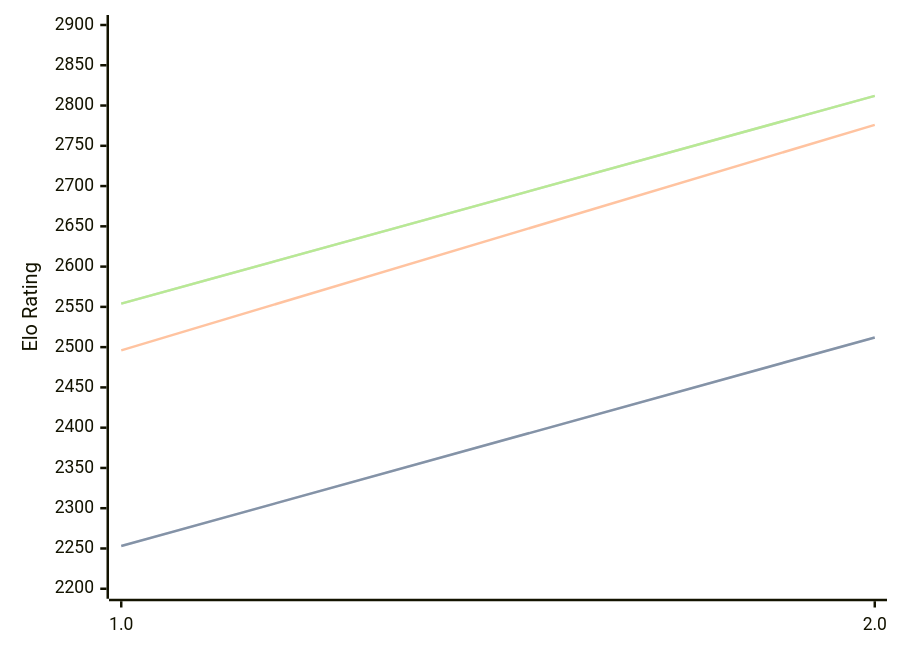
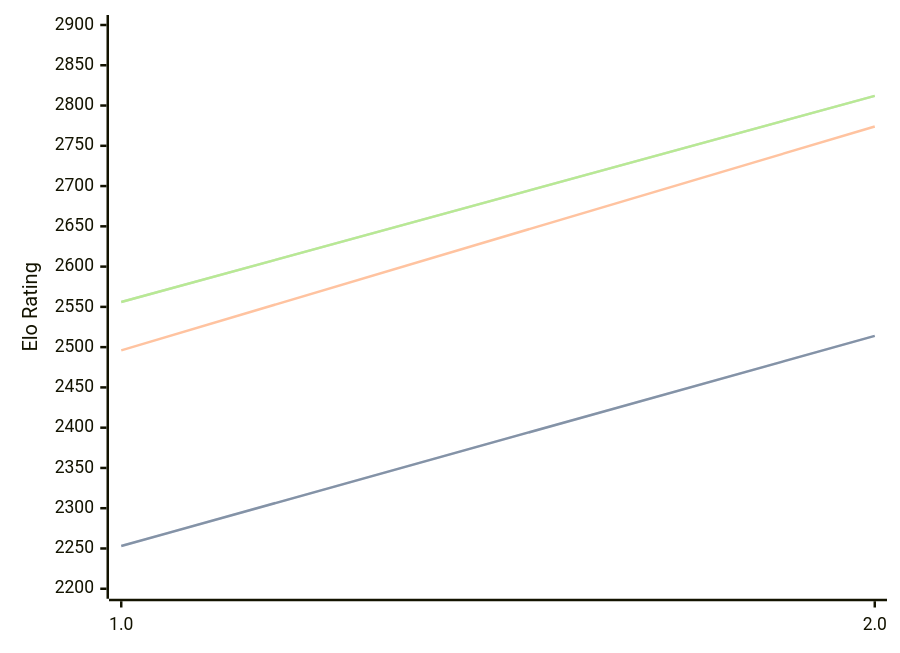
One commit to computer-chess-index/cci changed the diagram in engines/Revolver.md. Above: the diagram before and after it, drawn with Mermaid. The commit also changed other lines of this file, not shown here.

Commit message:
Update CCI Ratings (ELO VLTC) - 2026-05-22

````diff
--- a/engines/Revolver.md
+++ b/engines/Revolver.md
@@ -32,11 +32,11 @@
 ```mermaid
 %%{init: {"theme":"base","themeVariables":{"seriesColors:['#a3a3a3','#222221','#faa371']}}}%%
 xychart-beta
   x-axis ["1.0", "2.0"]
   y-axis "Elo Rating" 2200 --> 2900
-  line "STC (8.0+0.08s)" [2253, 2512]
-  line "STC (8.0+0.08s)" [2253, 2512]
-  line "LTC (60.0+0.60s)" [2496, 2776]
-  line "VLTC (2m24s+1.12s)" [2554, 2812]
-  line "VLTC (2m24s+1.12s)" [2554, 2812]
+  line "STC (8.0+0.08s)" [2253, 2514]
+  line "STC (8.0+0.08s)" [2253, 2514]
+  line "LTC (60.0+0.60s)" [2496, 2774]
+  line "VLTC (2m24s+1.12s)" [2556, 2812]
+  line "VLTC (2m24s+1.12s)" [2556, 2812]
 ```
````
